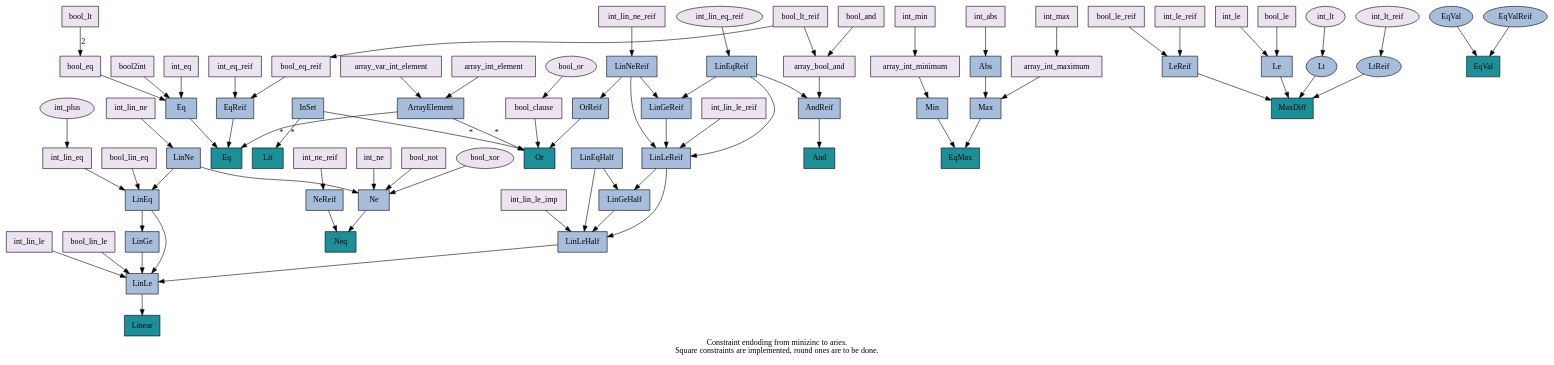
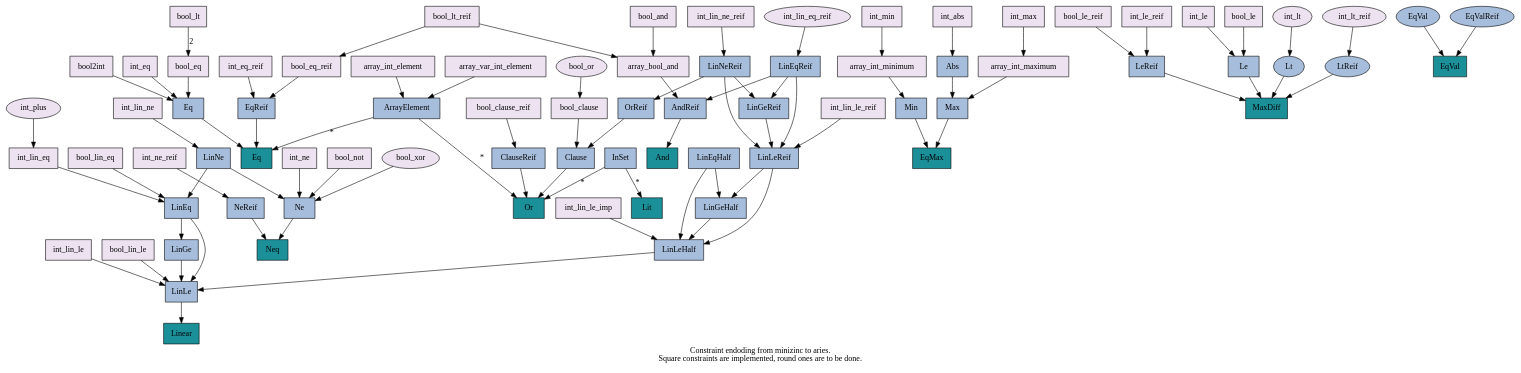
One commit to plaans/aries changed the diagram in aries_fzn/doc/constraints.gv. Above: the diagram before and after it, drawn with Graphviz. The commit also changed 8 other files, not shown here.

Commit message:
Added flatzinc constraint bool_clause_reif.

```diff
--- a/aries_fzn/doc/constraints.gv
+++ b/aries_fzn/doc/constraints.gv
@@ -1,190 +1,196 @@
 // This document describes constraint encoding from minizinc to aries.
 // Use Graphviz to generate the graph.
 
 digraph constraints {
     label="Constraint endoding from minizinc to aries.\nSquare constraints are implemented, round ones are to be done."
     node [shape=rectangle colorscheme=pubugn3 style=filled] 
 
     // ---------- Minizinc ----------
     {
         node [fillcolor=1]
         mzn_array_int_element [label="array_int_element"]
         mzn_array_int_maximum [label="array_int_maximum"]
         mzn_array_int_minimum [label="array_int_minimum"]
         mzn_array_var_int_element [label="array_var_int_element"]
         mzn_int_abs [label="int_abs"]
         // mzn_int_div [label="int_div"] [shape=ellipse]
         mzn_int_eq [label="int_eq"]
         mzn_int_eq_reif [label="int_eq_reif"]
         mzn_int_le [label="int_le"]
         mzn_int_le_reif [label="int_le_reif"]
         mzn_int_lin_eq [label="int_lin_eq"]
         mzn_int_lin_eq_reif [label="int_lin_eq_reif"] [shape=ellipse]
         mzn_int_lin_le [label="int_lin_le"]
         mzn_int_lin_le_imp [label="int_lin_le_imp"]
         mzn_int_lin_le_reif [label="int_lin_le_reif"]
         mzn_int_lin_ne [label="int_lin_ne"]
         mzn_int_lin_ne_reif [label="int_lin_ne_reif"]
         mzn_int_lt [label="int_lt"] [shape=ellipse]
         mzn_int_lt_reif [label="int_lt_reif"] [shape=ellipse]
         mzn_int_max [label="int_max"]
         mzn_int_min [label="int_min"]
         // mzn_int_mod [label="int_mod"] [shape=ellipse]
         mzn_int_ne [label="int_ne"]
         mzn_int_ne_reif [label="int_ne_reif"]
         mzn_int_plus [label="int_plus"] [shape=ellipse]
         // mzn_int_pow [label="int_pow"] [shape=ellipse]
         // mzn_int_times [label="int_times"] [shape=ellipse]
         // mzn_set_in [label="set_in"] [shape=ellipse]
         mzn_array_bool_and [label="array_bool_and"]
         // mzn_array_bool_element [label="array_bool_element"] [shape=ellipse]
         // mzn_array_bool_xor [label="array_bool_xor"] [shape=ellipse]
         // mzn_array_var_bool_element [label="array_var_bool_element"] [shape=ellipse]
         mzn_bool_and [label="bool_and"]
         mzn_bool_clause [label="bool_clause"]
+        mzn_bool_clause_reif [label="bool_clause_reif"]
         mzn_bool_eq [label="bool_eq"]
         mzn_bool_eq_reif [label="bool_eq_reif"]
         mzn_bool_le [label="bool_le"]
         mzn_bool_le_reif [label="bool_le_reif"]
         mzn_bool_lin_eq [label="bool_lin_eq"]
         mzn_bool_lin_le [label="bool_lin_le"]
         mzn_bool_lt [label="bool_lt"]
         mzn_bool_lt_reif [label="bool_lt_reif"]
         mzn_bool_not [label="bool_not"]
         mzn_bool_or [label="bool_or"] [shape=ellipse]
         mzn_bool_xor [label="bool_xor"] [shape=ellipse]
         // mzn_bool_xor_reif [label="bool_xor_reif"] [shape=ellipse]
         mzn_bool2int [label="bool2int"]
     }
         
 
     // ---------- Solver API ----------
     {
         node [fillcolor=2]
         api_Abs [label="Abs"]
         api_AndReif [label="AndReif"]
         api_ArrayElement [label="ArrayElement"]
+        api_Clause [label="Clause"]
+        api_ClauseReif [label="ClauseReif"]
         api_Eq [label="Eq"]
         api_EqReif [label="EqReif"]
         api_EqVal [label="EqVal"] [shape=ellipse]
         api_EqValReif [label="EqValReif"] [shape=ellipse]
         api_InSet [label="InSet"]
         api_Le [label="Le"]
         api_LeReif [label="LeReif"]
         api_LinEq [label="LinEq"]
         api_LinEqHalf [label="LinEqHalf"]
         api_LinEqReif [label="LinEqReif"]
         api_LinGe [label="LinGe"]
         api_LinGeHalf [label="LinGeHalf"]
         api_LinGeReif [label="LinGeReif"]
         api_LinLe [label="LinLe"]
         api_LinLeHalf [label="LinLeHalf"]
         api_LinLeReif [label="LinLeReif"]
         api_LinNe [label="LinNe"]
         api_LinNeReif [label="LinNeReif"]
         api_Lt [label="Lt"] [shape=ellipse]
         api_LtReif [label="LtReif"] [shape=ellipse]
         api_Max [label="Max"]
         api_Min [label="Min"]
         api_Ne [label="Ne"]
         api_NeReif [label="NeReif"]
         api_OrReif [label="OrReif"]
     }
 
     // ---------- Solver ----------
     {
         node [fillcolor=3]
         // sol_Alternative [label="Alternative"]
         sol_And [label="And"]
         sol_Eq [label="Eq"]
         sol_EqMax [label="EqMax"]
         sol_EqVal [label="EqVal"]
         // sol_EqVarMulLit [label="EqVarMulLit"]
         sol_Linear [label="Linear"]
         sol_Lit [label="Lit"]
         sol_MaxDiff [label="MaxDiff"] // b - a <= ub
         sol_Neq [label="Neq"]
         // sol_NeqVal [label="NeqVal"]
         sol_Or [label="Or"]
     }
 
     // ---------- Minizinc ----------
     mzn_array_int_element -> api_ArrayElement
     mzn_array_int_maximum -> api_Max
     mzn_array_int_minimum -> api_Min
     mzn_array_var_int_element -> api_ArrayElement
     mzn_int_abs -> api_Abs
     // mzn_int_div
     mzn_int_eq -> api_Eq
     mzn_int_eq_reif -> api_EqReif
     mzn_int_le -> api_Le
     mzn_int_le_reif -> api_LeReif
     mzn_int_lin_eq -> api_LinEq
     mzn_int_lin_eq_reif -> api_LinEqReif
     mzn_int_lin_le -> api_LinLe
     mzn_int_lin_le_imp -> api_LinLeHalf
     mzn_int_lin_le_reif -> api_LinLeReif
     mzn_int_lin_ne -> api_LinNe
     mzn_int_lin_ne_reif -> api_LinNeReif
     mzn_int_lt -> api_Lt
     mzn_int_lt_reif -> api_LtReif
     mzn_int_max -> mzn_array_int_maximum
     mzn_int_min -> mzn_array_int_minimum
     // mzn_int_mod
     mzn_int_ne -> api_Ne
     mzn_int_ne_reif -> api_NeReif
     mzn_int_plus -> mzn_int_lin_eq
     // mzn_int_pow
     // mzn_int_times
     // mzn_set_in
 
     mzn_array_bool_and -> api_AndReif
     // mzn_array_bool_element
     // mzn_array_bool_xor
     // mzn_array_var_bool_element
     mzn_bool_and -> mzn_array_bool_and
-    mzn_bool_clause -> sol_Or
+    mzn_bool_clause -> api_Clause
+    mzn_bool_clause_reif -> api_ClauseReif
     mzn_bool_eq -> api_Eq
     mzn_bool_eq_reif -> api_EqReif
     mzn_bool_le -> api_Le
     mzn_bool_le_reif -> api_LeReif
     mzn_bool_lin_eq -> api_LinEq
     mzn_bool_lin_le -> api_LinLe
     mzn_bool_lt -> mzn_bool_eq [label="2"]
     mzn_bool_lt_reif -> { mzn_array_bool_and; mzn_bool_eq_reif }
     mzn_bool_not -> api_Ne
     mzn_bool_or -> mzn_bool_clause
     mzn_bool_xor -> api_Ne
     // mzn_bool_xor_reif
     mzn_bool2int -> api_Eq
 
     // ---------- Solver API ----------
     api_Abs -> api_Max
     api_AndReif -> sol_And
     api_ArrayElement -> { sol_Eq; sol_Or } [label="*"]
+    api_Clause -> sol_Or
+    api_ClauseReif -> sol_Or
     api_Eq -> sol_Eq
     api_EqReif -> sol_Eq
     api_EqVal -> sol_EqVal
     api_EqValReif -> sol_EqVal
     api_InSet -> { sol_Or; sol_Lit } [label="*"]
     api_Le -> sol_MaxDiff
     api_LeReif -> sol_MaxDiff
     api_LinEq -> { api_LinLe; api_LinGe }
     api_LinEqHalf -> { api_LinLeHalf; api_LinGeHalf }
     api_LinEqReif -> { api_LinLeReif; api_LinGeReif; api_AndReif }
     api_LinGe -> api_LinLe
     api_LinGeHalf -> api_LinLeHalf
     api_LinGeReif -> api_LinLeReif
     api_LinLe -> sol_Linear
     api_LinLeHalf -> api_LinLe
     api_LinLeReif -> { api_LinLeHalf; api_LinGeHalf }
     api_LinNe -> { api_LinEq; api_Ne }
     api_LinNeReif -> { api_LinLeReif; api_LinGeReif; api_OrReif }
     api_Lt -> sol_MaxDiff
     api_LtReif -> sol_MaxDiff
     api_Max -> sol_EqMax
     api_Min -> sol_EqMax
     api_Ne -> sol_Neq
     api_NeReif -> sol_Neq
-    api_OrReif -> sol_Or
+    api_OrReif -> api_Clause
 }
```
